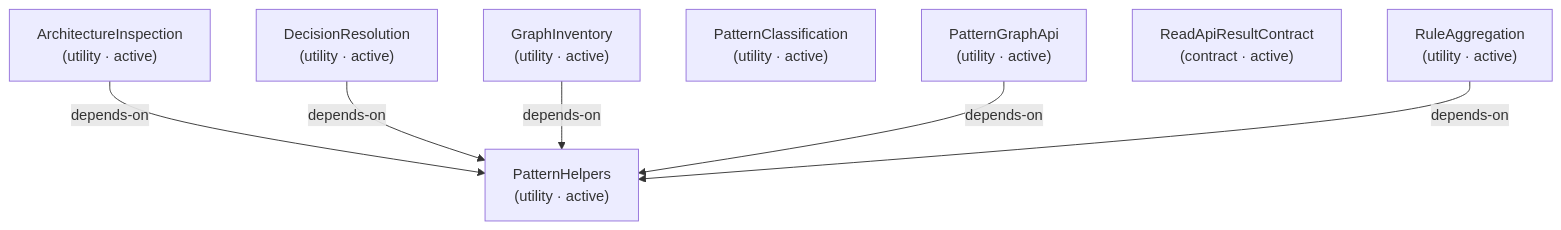
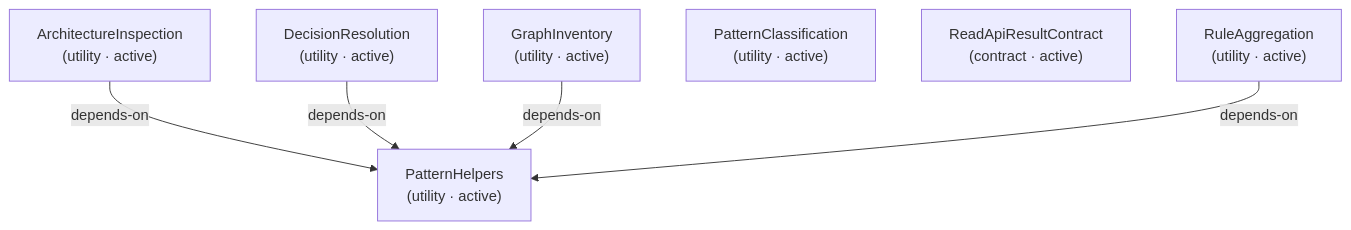
Before and after one commit to libar-dev/architect: diagram 19 of 24 in docs-live/DESIGN-REVIEW.md, drawn with Mermaid. The commit also changed other lines of this file and 185 other files, not shown here.

Commit message:
refactor(architect): replace facade with frozen graph handle

````diff
--- a/docs-live/DESIGN-REVIEW.md
+++ b/docs-live/DESIGN-REVIEW.md
@@ -514,16 +516,14 @@
 ```mermaid
 graph TD
   architectureinspection["ArchitectureInspection<br/>(utility · active)"]
   decisionresolution["DecisionResolution<br/>(utility · active)"]
   graphinventory["GraphInventory<br/>(utility · active)"]
   patternclassification["PatternClassification<br/>(utility · active)"]
-  patterngraphapi["PatternGraphApi<br/>(utility · active)"]
   patternhelpers["PatternHelpers<br/>(utility · active)"]
   readapiresultcontract["ReadApiResultContract<br/>(contract · active)"]
   ruleaggregation["RuleAggregation<br/>(utility · active)"]
   architectureinspection -->|depends-on| patternhelpers
   decisionresolution -->|depends-on| patternhelpers
   graphinventory -->|depends-on| patternhelpers
-  patterngraphapi -->|depends-on| patternhelpers
   ruleaggregation -->|depends-on| patternhelpers
 ```
````
